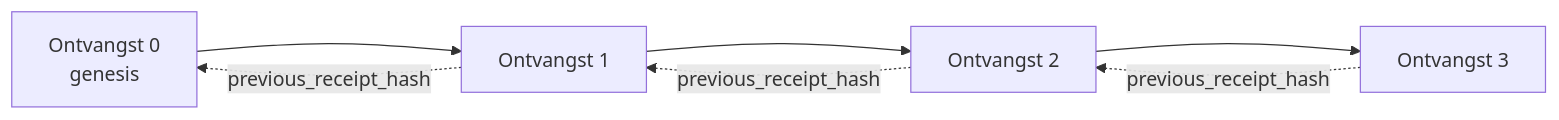
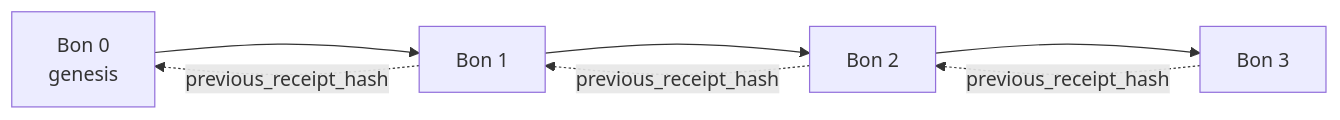
The second of 2 diagrams in mirrors/repos/microsoft@ai-agents-for-beginners/translations/nl/18-securing-ai-agents/README.md (gabrielmoreira/agent-skills-mirror), drawn with Mermaid before and after one commit. The commit also changed other lines of this file and 8886 other files, not shown here.

````diff
--- a/mirrors/repos/microsoft@ai-agents-for-beginners/translations/nl/18-securing-ai-agents/README.md
+++ b/mirrors/repos/microsoft@ai-agents-for-beginners/translations/nl/18-securing-ai-agents/README.md
@@ -206,9 +206,9 @@
 ```mermaid
 flowchart LR
-    R0[Ontvangst 0<br/>genesis] --> R1[Ontvangst 1]
-    R1 --> R2[Ontvangst 2]
-    R2 --> R3[Ontvangst 3]
+    R0[Bon 0<br/>genesis] --> R1[Bon 1]
+    R1 --> R2[Bon 2]
+    R2 --> R3[Bon 3]
     R1 -. previous_receipt_hash .-> R0
     R2 -. previous_receipt_hash .-> R1
     R3 -. previous_receipt_hash .-> R2
 ```
````
